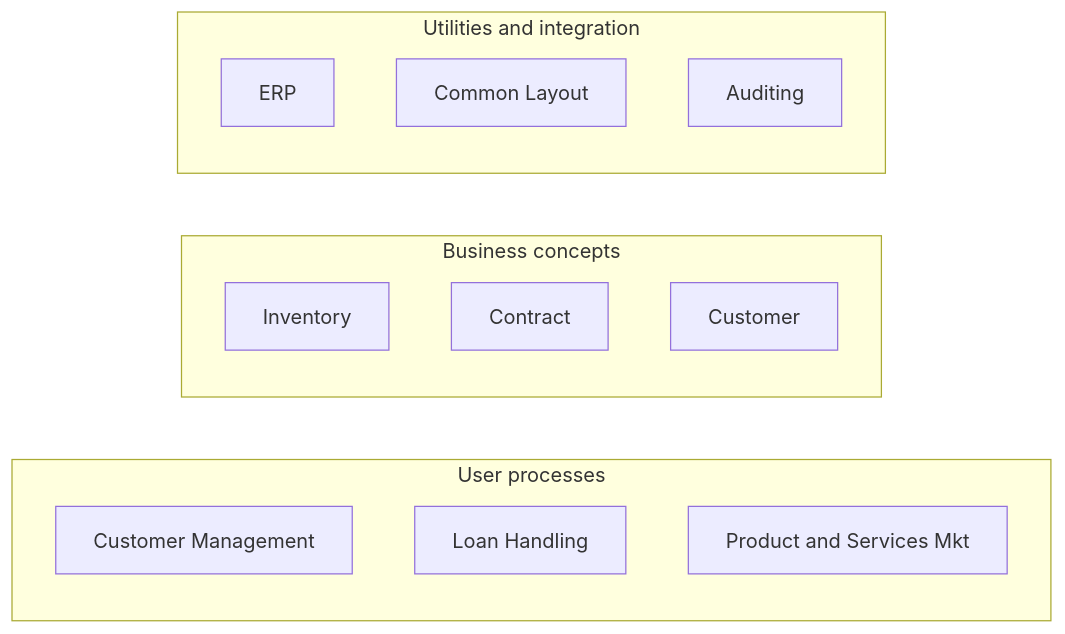
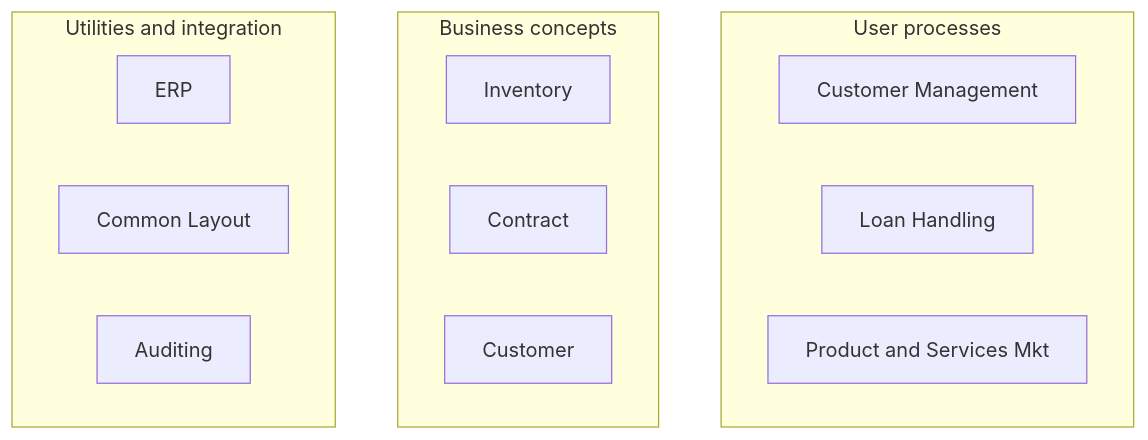
The second of 3 diagrams in Architecture Specialist (O11)/01_Architecture_Canvas_Clean_v8.md (kckworld/outsystems_study), drawn with Mermaid before and after one commit. The commit also changed other lines of this file and 5 other files, not shown here.

````diff
--- a/Architecture Specialist (O11)/01_Architecture_Canvas_Clean_v8.md
+++ b/Architecture Specialist (O11)/01_Architecture_Canvas_Clean_v8.md
@@ -85,20 +98,18 @@
 ```mermaid
-graph LR
-  subgraph User processes
-    U1[Customer Management]
-    U2[Loan Handling]
-    U3[Product and Services Mkt]
+graph TD
+  subgraph UP["User processes"]
+    CM["Customer Management"]
+    LH["Loan Handling"]
+    PS["Product and Services Mkt"]
   end
-
-  subgraph Business concepts
-    B1[Inventory]
-    B2[Contract]
-    B3[Customer]
+  subgraph BC["Business concepts"]
+    Inv["Inventory"]
+    Con["Contract"]
+    Cus["Customer"]
   end
-
-  subgraph Utilities and integration
-    C1[ERP]
-    C2[Common Layout]
-    C3[Auditing]
+  subgraph UI["Utilities and integration"]
+    ERP["ERP"]
+    CL["Common Layout"]
+    Aud["Auditing"]
   end
 ```
````
